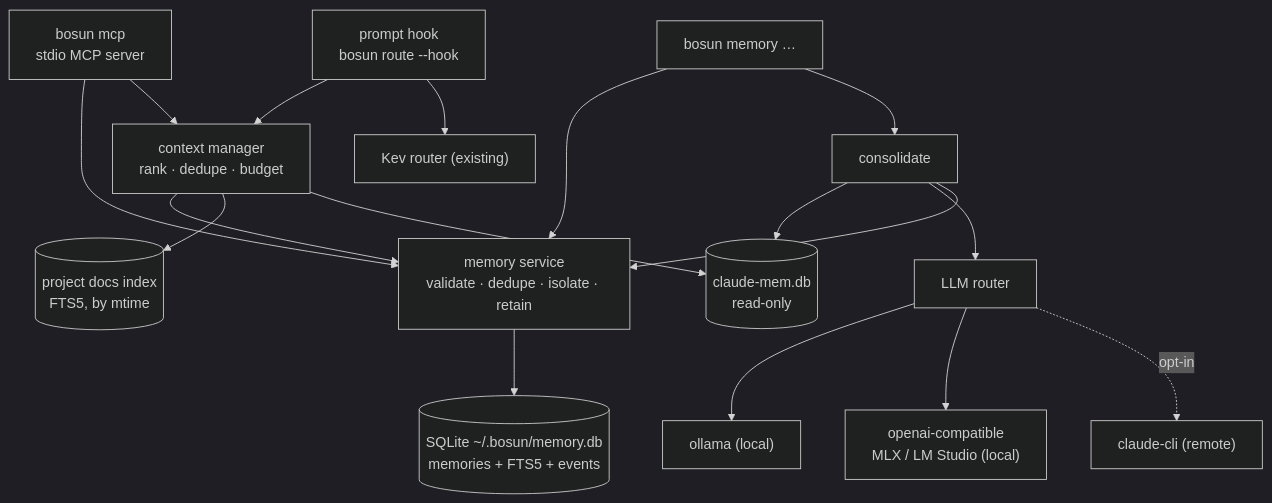
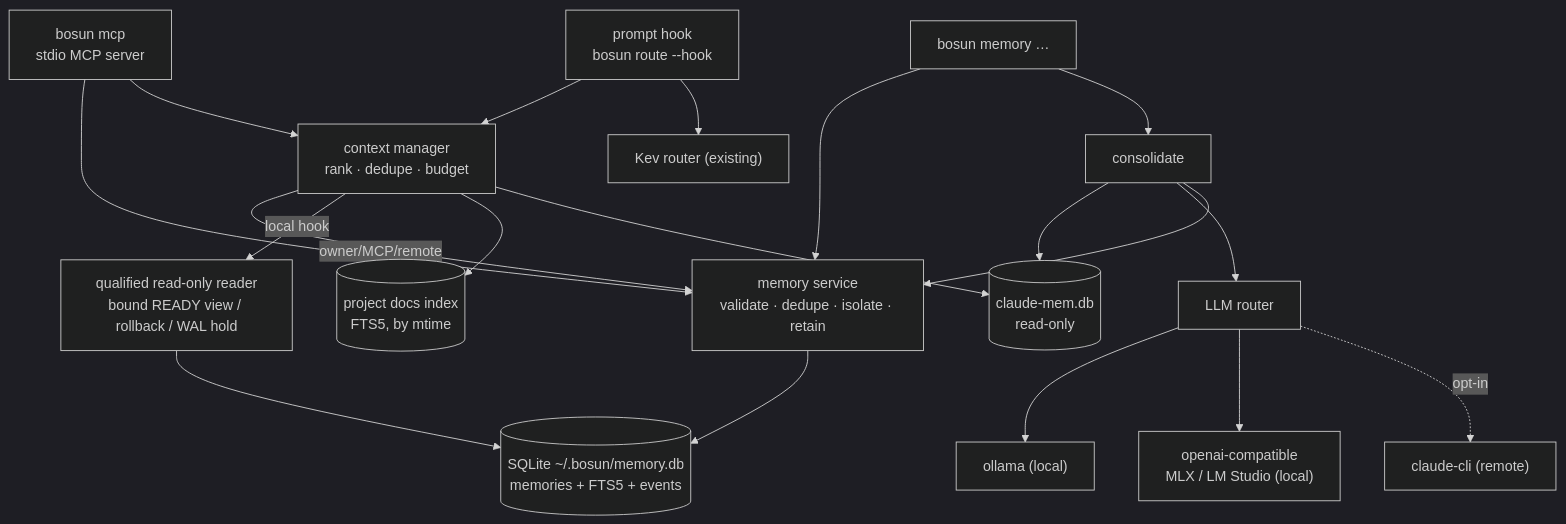
The first of 4 diagrams in ARCHITECTURE.md (vprodan/bosun), drawn with Mermaid (dark theme) before and after one commit. The commit also changed other lines of this file and 11 other files, not shown here.

````diff
--- a/ARCHITECTURE.md
+++ b/ARCHITECTURE.md
@@ -9,19 +47,21 @@
 ```mermaid
 flowchart TD
   HOOK["prompt hook<br/>bosun route --hook"] --> CTX
   MCP["bosun mcp<br/>stdio MCP server"] --> SVC
   MCP --> CTX
   CLI["bosun memory …"] --> SVC
   CLI --> CONS["consolidate"]
-  CTX["context manager<br/>rank · dedupe · budget"] --> SVC
+  CTX["context manager<br/>rank · dedupe · budget"] -->|"owner/MCP/remote"| SVC
+  CTX -->|"local hook"| RO["qualified read-only reader<br/>bound READY view / rollback / WAL hold"]
+  RO --> STORE
   SVC["memory service<br/>validate · dedupe · isolate · retain"] --> STORE[("SQLite ~/.bosun/memory.db<br/>memories + FTS5 + events")]
   CTX --> DOCS[("project docs index<br/>FTS5, by mtime")]
   CTX --> CM[("claude-mem.db<br/>read-only")]
   CONS --> CM
   CONS --> LLM["LLM router"]
   CONS --> SVC
   LLM --> OL["ollama (local)"]
   LLM --> OA["openai-compatible<br/>MLX / LM Studio (local)"]
   LLM -.->|opt-in| CC["claude-cli (remote)"]
   HOOK --> KEV["Kev router (existing)"]
 ```
````
